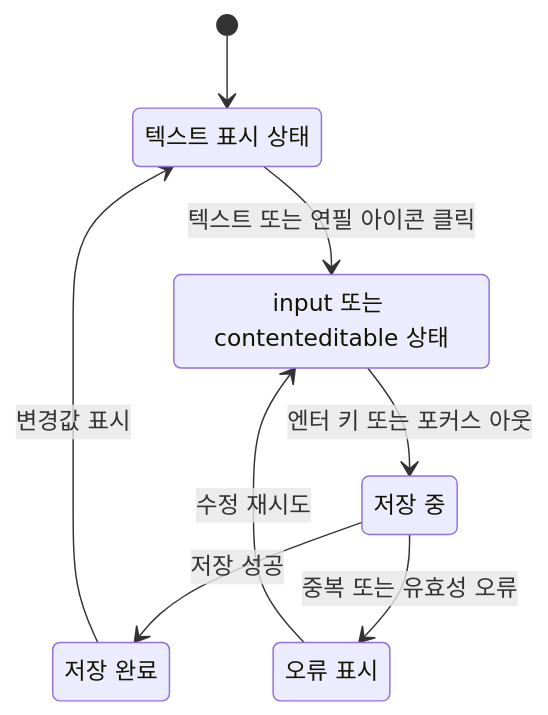
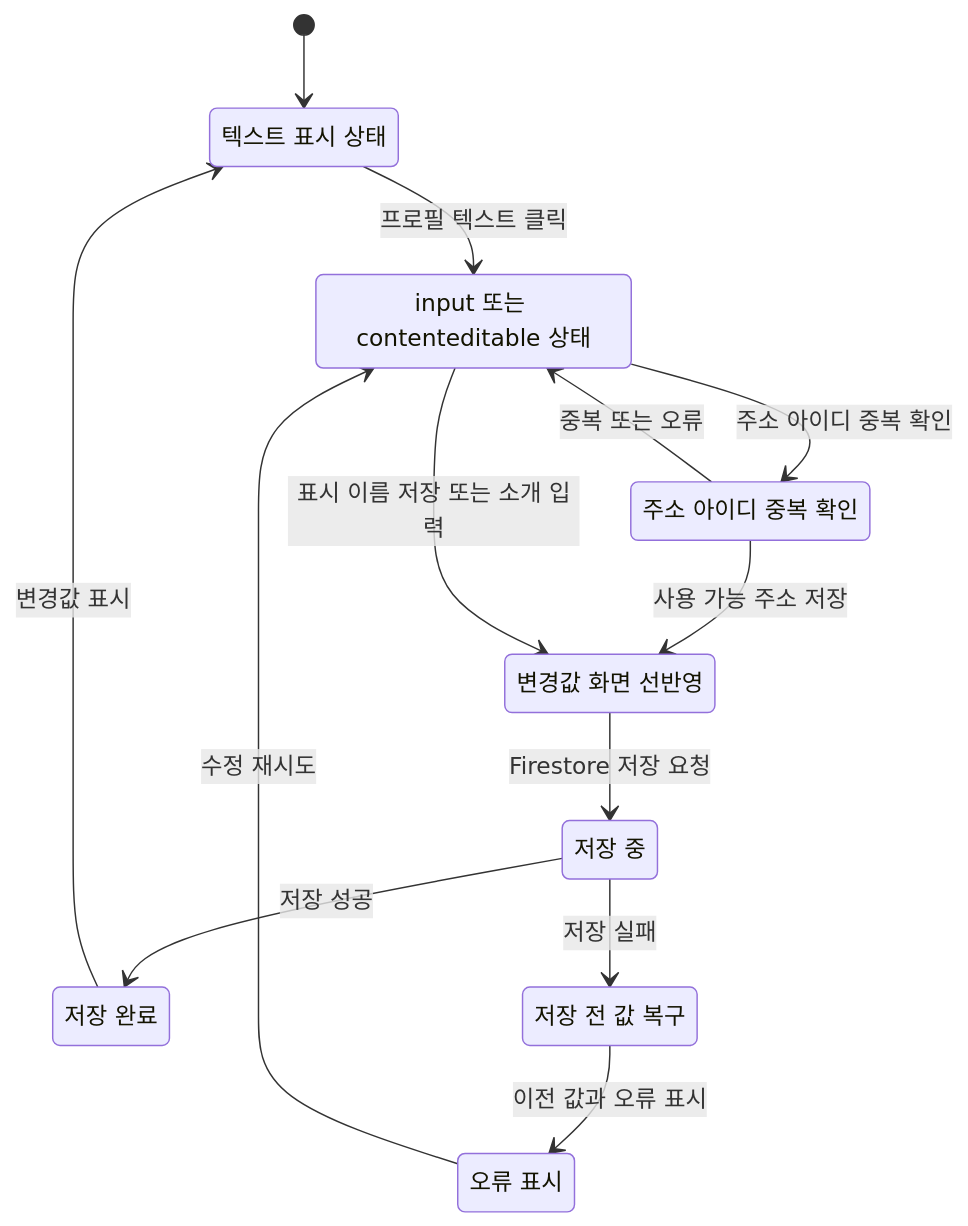
One commit to olivesch/my-link changed the fifth of 13 diagrams in docs/Wireframe.md. Above: the diagram before and after it, drawn with Mermaid. The commit also changed other lines of this file and 25 other files, not shown here.

````diff
--- a/docs/Wireframe.md
+++ b/docs/Wireframe.md
@@ -122,16 +142,24 @@
 ```mermaid
 stateDiagram-v2
   [*] --> ViewMode
   ViewMode: 텍스트 표시 상태
   EditMode: input 또는 contenteditable 상태
+  Checking: 주소 아이디 중복 확인
+  Optimistic: 변경값 화면 선반영
   Saving: 저장 중
   Saved: 저장 완료
+  Rollback: 저장 전 값 복구
   Error: 오류 표시
 
-  ViewMode --> EditMode: 텍스트 또는 연필 아이콘 클릭
-  EditMode --> Saving: 엔터 키 또는 포커스 아웃
+  ViewMode --> EditMode: 프로필 텍스트 클릭
+  EditMode --> Checking: 주소 아이디 중복 확인
+  Checking --> EditMode: 중복 또는 오류
+  Checking --> Optimistic: 사용 가능 주소 저장
+  EditMode --> Optimistic: 표시 이름 저장 또는 소개 입력
+  Optimistic --> Saving: Firestore 저장 요청
   Saving --> Saved: 저장 성공
-  Saving --> Error: 중복 또는 유효성 오류
+  Saving --> Rollback: 저장 실패
+  Rollback --> Error: 이전 값과 오류 표시
   Saved --> ViewMode: 변경값 표시
   Error --> EditMode: 수정 재시도
 ```
````
